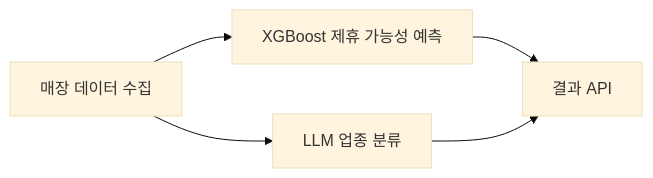
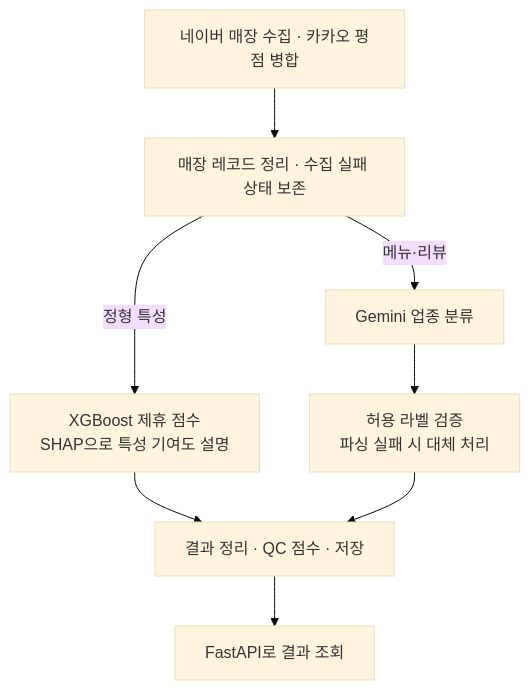
Before and after one commit to gidaseul/gidaseul: the first of 3 diagrams in README.md, drawn with Mermaid (base theme). The commit also changed other lines of this file, not shown here.

Commit message:
Show verified architecture and decision paths for featured projects

````diff
--- a/README.md
+++ b/README.md
@@ -16,7 +16,10 @@
 ```mermaid
-flowchart LR
-    A["매장 데이터 수집"] --> B["XGBoost 제휴 가능성 예측"]
-    A --> C["LLM 업종 분류"]
-    B --> D["결과 API"]
-    C --> D
+flowchart TB
+    A["네이버 매장 수집 · 카카오 평점 병합"] --> B["매장 레코드 정리 · 수집 실패 상태 보존"]
+    B -->|"정형 특성"| C["XGBoost 제휴 점수<br/>SHAP으로 특성 기여도 설명"]
+    B -->|"메뉴·리뷰"| D["Gemini 업종 분류"]
+    D --> E["허용 라벨 검증<br/>파싱 실패 시 대체 처리"]
+    C --> F["결과 정리 · QC 점수 · 저장"]
+    E --> F
+    F --> G["FastAPI로 결과 조회"]
 ```
````
